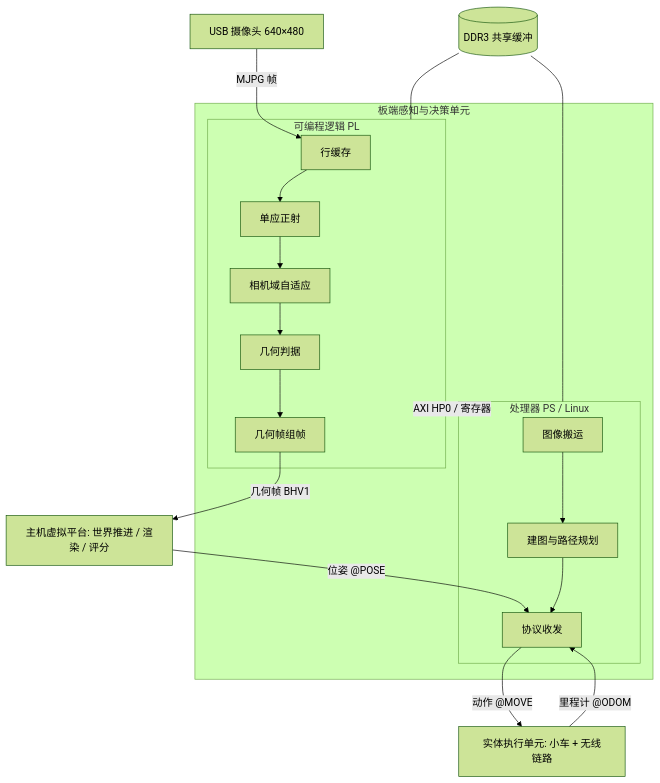
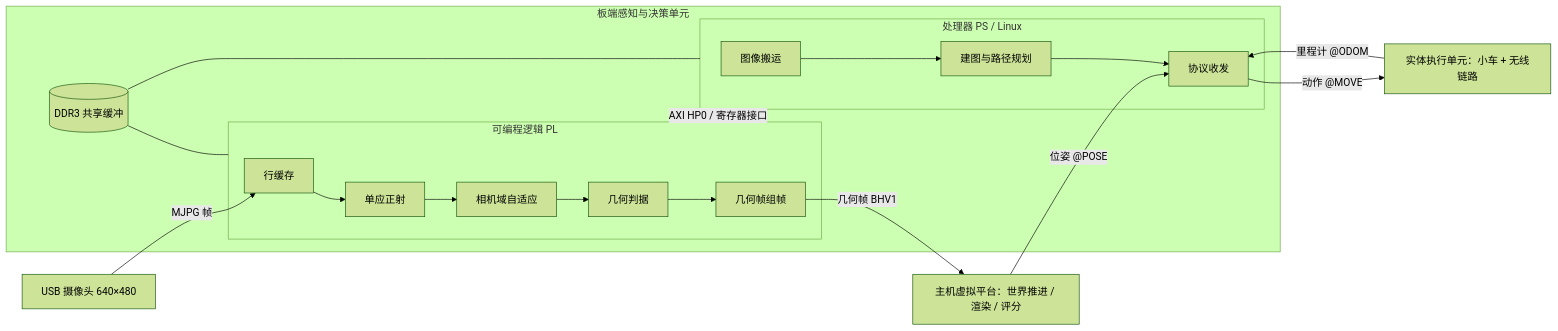
Before and after one commit to thezhangrx/Dynamic-Forge: the first of 3 diagrams in 说明书插图_提示词.md, drawn with Mermaid (forest theme). The commit also changed other lines of this file, not shown here.

First line of the commit message:
说明书插图提示词改为 4 张：系统总体框图、板端与小车驱动/编码器原理图、软件分层数据流、视觉前端与决策流程

````diff
--- a/说明书插图_提示词.md
+++ b/说明书插图_提示词.md
@@ -210,19 +205,19 @@
 ```mermaid
-flowchart TB
-  subgraph BOARD["板端感知与决策单元"]
-    subgraph PL["可编程逻辑 PL"]
+flowchart LR
+  CAM[USB 摄像头 640×480] -->|MJPG 帧| A1
+  subgraph BOARD[板端感知与决策单元]
+    subgraph PL[可编程逻辑 PL]
       A1[行缓存] --> A2[单应正射] --> A3[相机域自适应] --> A4[几何判据] --> A5[几何帧组帧]
     end
-    subgraph PS["处理器 PS / Linux"]
+    subgraph PS[处理器 PS / Linux]
       B1[图像搬运] --> B2[建图与路径规划] --> B3[协议收发]
     end
-    PL <-->|AXI HP0 / 寄存器| PS
+    PL <-->|AXI HP0 / 寄存器接口| PS
+    DDR[(DDR3 共享缓冲)] --- PL
+    DDR --- PS
   end
-  CAM[USB 摄像头 640×480] -->|MJPG 帧| A1
-  A5 -->|几何帧 BHV1| HOST[主机虚拟平台: 世界推进 / 渲染 / 评分]
+  A5 -->|几何帧 BHV1| HOST[主机虚拟平台：世界推进 / 渲染 / 评分]
   HOST -->|位姿 @POSE| B3
-  B3 -->|动作 @MOVE| CAR[实体执行单元: 小车 + 无线链路]
+  B3 -->|动作 @MOVE| CAR[实体执行单元：小车 + 无线链路]
   CAR -->|里程计 @ODOM| B3
-  DDR[(DDR3 共享缓冲)] --- PL
-  DDR --- PS
 ```
````
